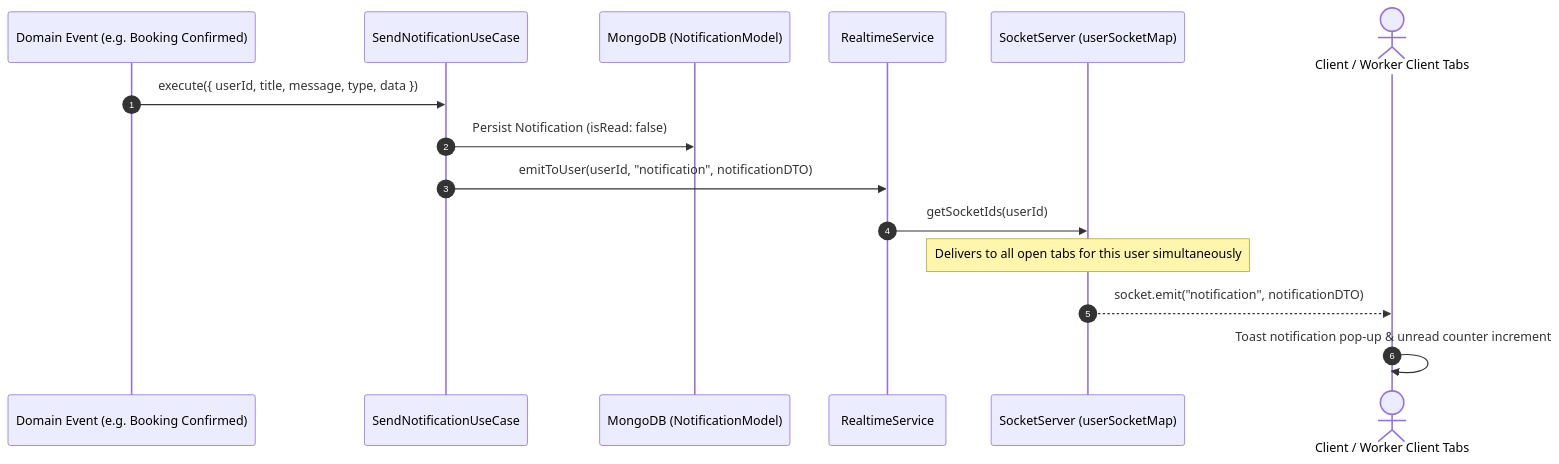
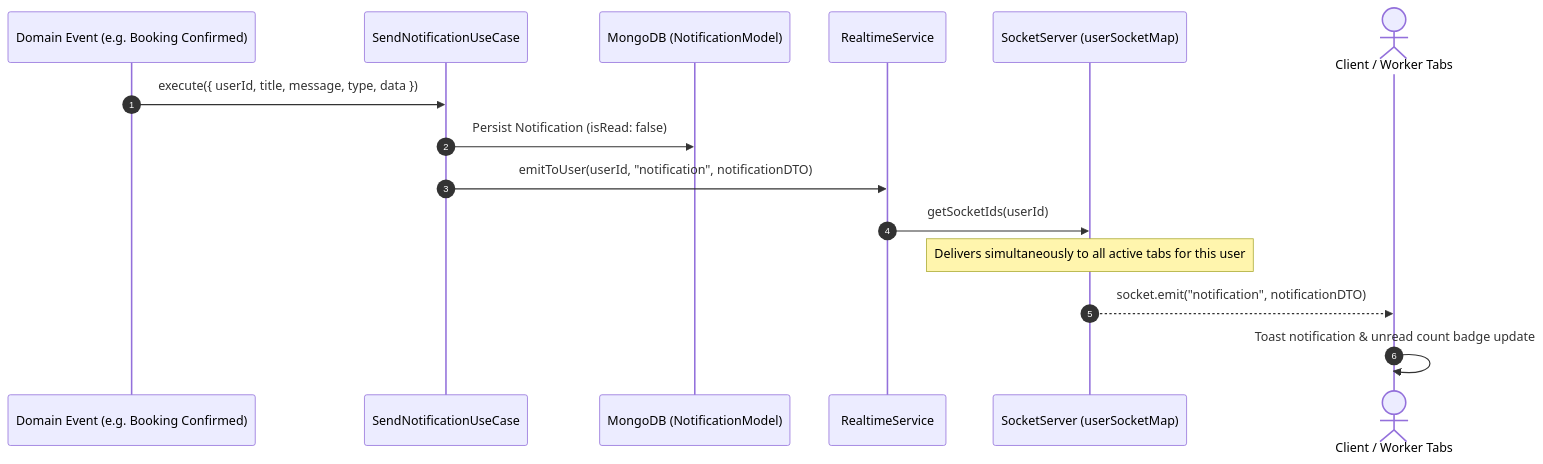
One commit to Adharshs07/Nest-and-Nail changed diagram 12 of 16 in README.md. Above: the diagram before and after it, drawn with Mermaid. The commit also changed other lines of this file, not shown here.

````diff
--- a/README.md
+++ b/README.md
@@ -677,18 +584,18 @@
 ```mermaid
 sequenceDiagram
     autonumber
     participant Event as Domain Event (e.g. Booking Confirmed)
     participant UC as SendNotificationUseCase
     participant DB as MongoDB (NotificationModel)
     participant RTSvc as RealtimeService
     participant Sockets as SocketServer (userSocketMap)
-    actor User as Client / Worker Client Tabs
+    actor User as Client / Worker Tabs
 
     Event->>UC: execute({ userId, title, message, type, data })
     UC->>DB: Persist Notification (isRead: false)
     UC->>RTSvc: emitToUser(userId, "notification", notificationDTO)
     RTSvc->>Sockets: getSocketIds(userId)
-    Note over Sockets: Delivers to all open tabs for this user simultaneously
+    Note over Sockets: Delivers simultaneously to all active tabs for this user
     Sockets-->>User: socket.emit("notification", notificationDTO)
-    User->>User: Toast notification pop-up & unread counter increment
+    User->>User: Toast notification & unread count badge update
 ```
````
